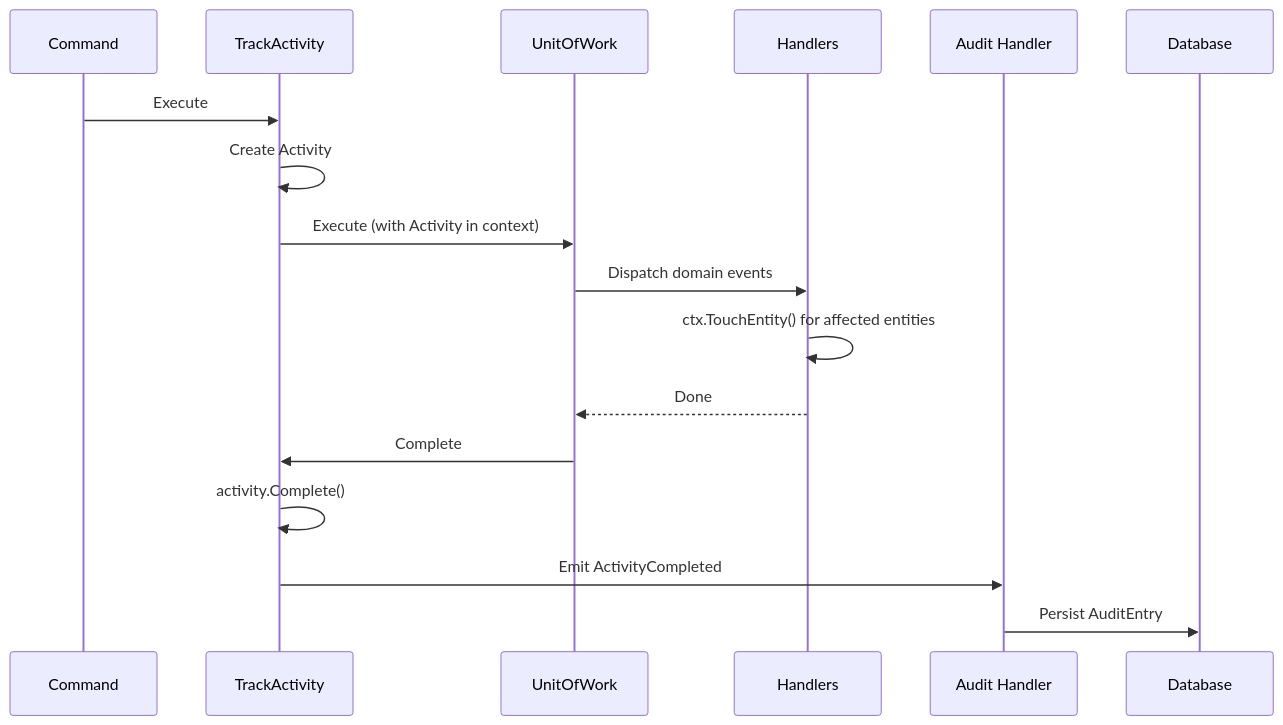
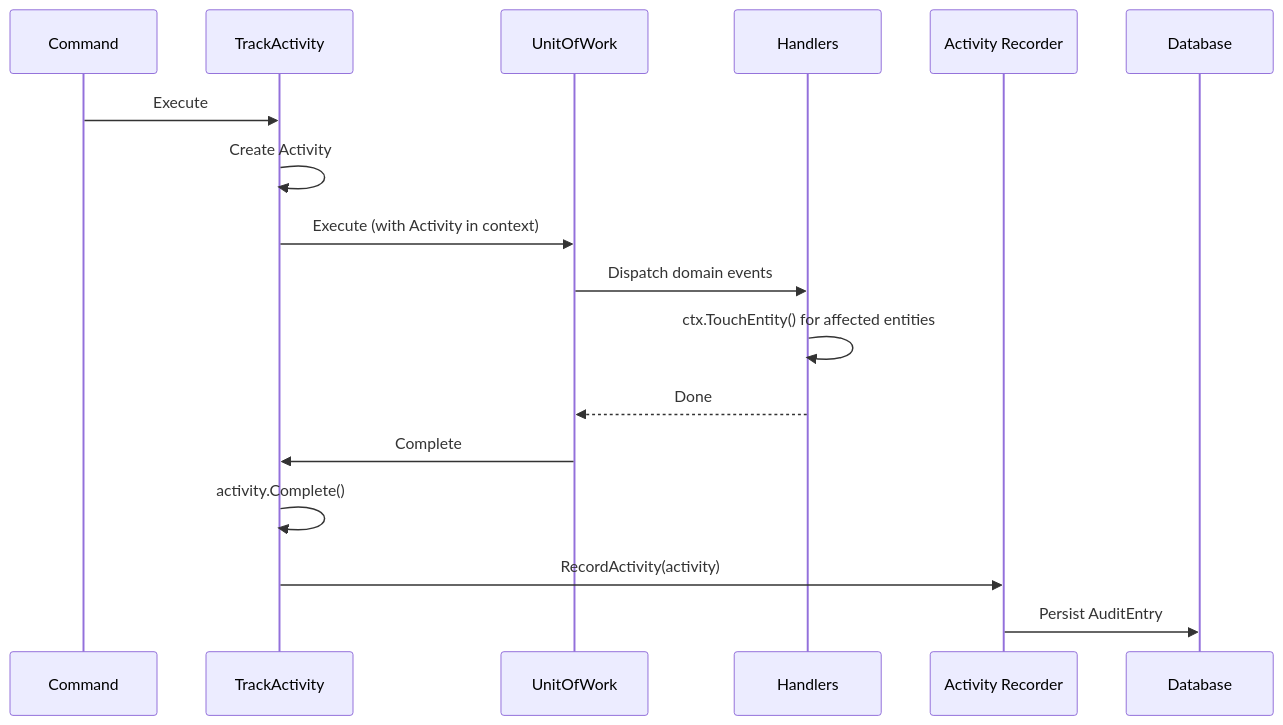
One commit to TheFellow/go-modular-monolith changed the fifth of 5 diagrams in README.md. Above: the diagram before and after it, drawn with Mermaid. The commit also changed other lines of this file and 45 other files, not shown here.

````diff
--- a/README.md
+++ b/README.md
@@ -274,20 +277,20 @@
 ```mermaid
 sequenceDiagram
     participant C as Command
     participant TA as TrackActivity
     participant UoW as UnitOfWork
     participant H as Handlers
-    participant AH as Audit Handler
+    participant AR as Activity Recorder
     participant DB as Database
 
     C->>TA: Execute
     TA->>TA: Create Activity
     TA->>UoW: Execute (with Activity in context)
     UoW->>H: Dispatch domain events
     H->>H: ctx.TouchEntity() for affected entities
     H-->>UoW: Done
     UoW->>TA: Complete
     TA->>TA: activity.Complete()
-    TA->>AH: Emit ActivityCompleted
-    AH->>DB: Persist AuditEntry
+    TA->>AR: RecordActivity(activity)
+    AR->>DB: Persist AuditEntry
 ```
````
